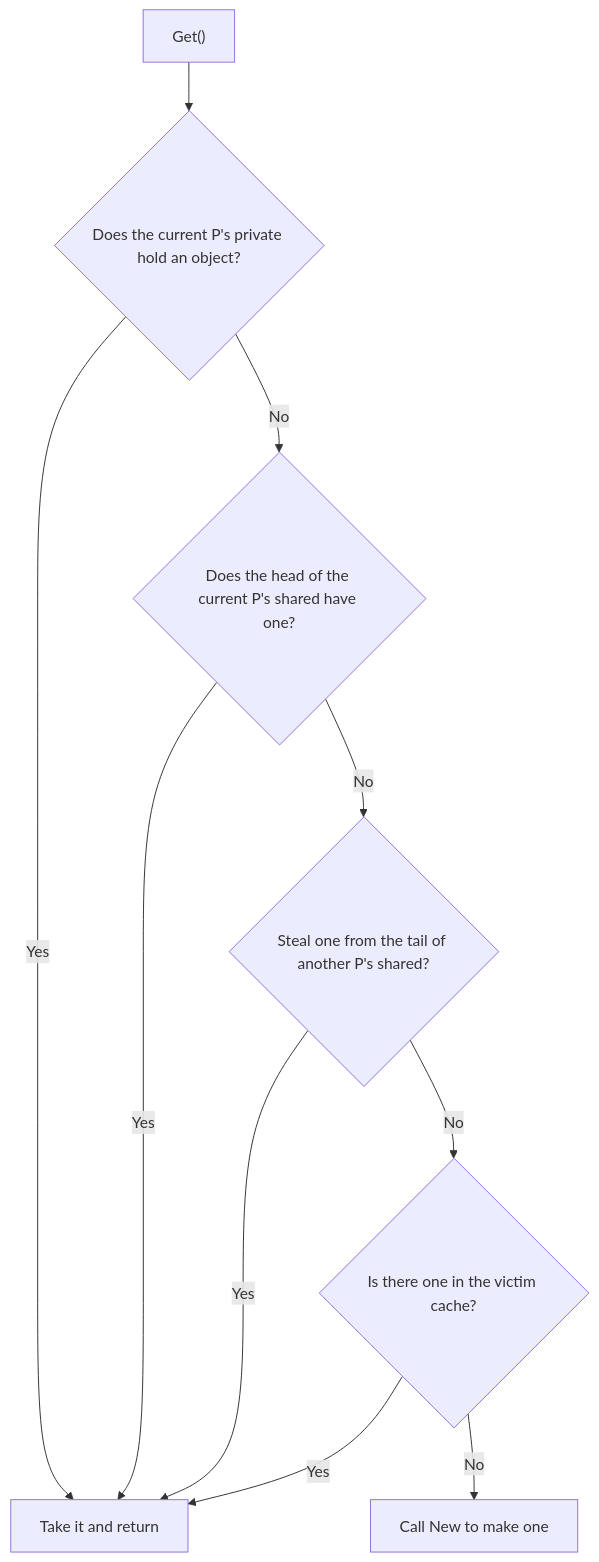
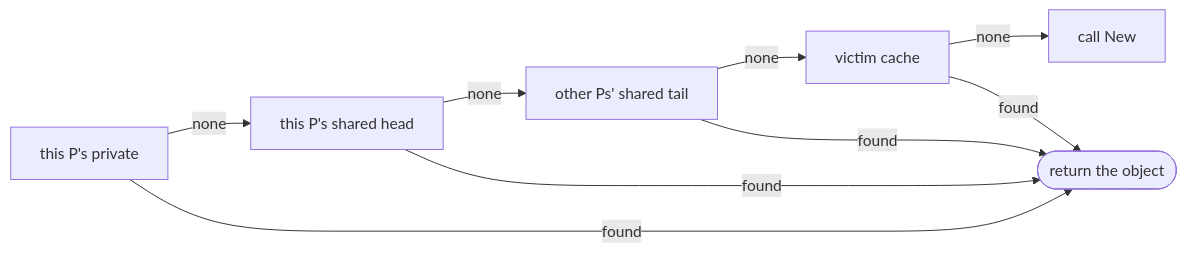
Before and after one commit to golang-design/under-the-hood: the diagram in book/en-us/part3concurrency/ch11sync/pool.md, drawn with Mermaid. The commit also changed other lines of this file and 30 other files, not shown here.

````diff
--- a/book/en-us/part3concurrency/ch11sync/pool.md
+++ b/book/en-us/part3concurrency/ch11sync/pool.md
@@ -116,12 +231,8 @@
 ```mermaid
-flowchart TD
-    GET["Get()"] --> PRIV{"Does the current P's private hold an object?"}
-    PRIV -->|Yes| R["Take it and return"]
-    PRIV -->|No| SHARED{"Does the head of the current P's shared have one?"}
-    SHARED -->|Yes| R
-    SHARED -->|No| STEAL{"Steal one from the tail of another P's shared?"}
-    STEAL -->|Yes| R
-    STEAL -->|No| VICTIM{"Is there one in the victim cache?"}
-    VICTIM -->|Yes| R
-    VICTIM -->|No| NEW["Call New to make one"]
+flowchart LR
+    PRIV["this P's private"] -->|none| SHARED["this P's shared head"]
+    SHARED -->|none| STEAL["other Ps' shared tail"]
+    STEAL -->|none| VICTIM["victim cache"]
+    VICTIM -->|none| NEW["call New"]
+    PRIV & SHARED & STEAL & VICTIM -->|found| R(["return the object"])
 ```
````
